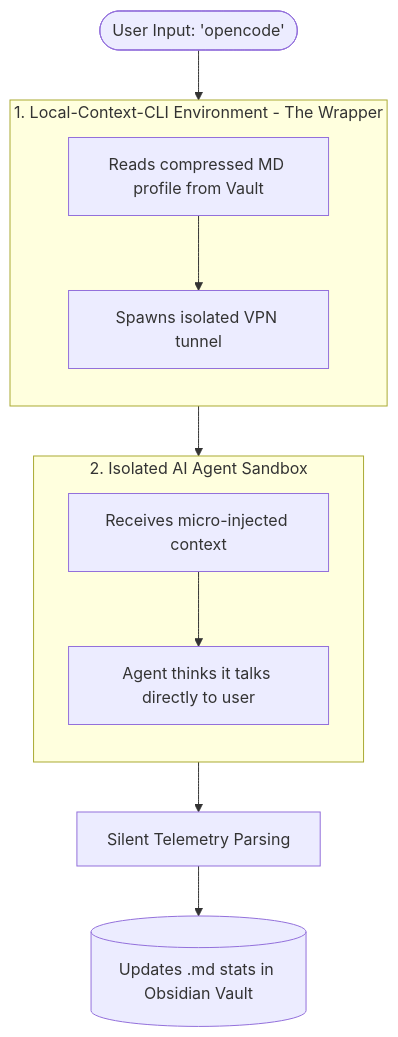
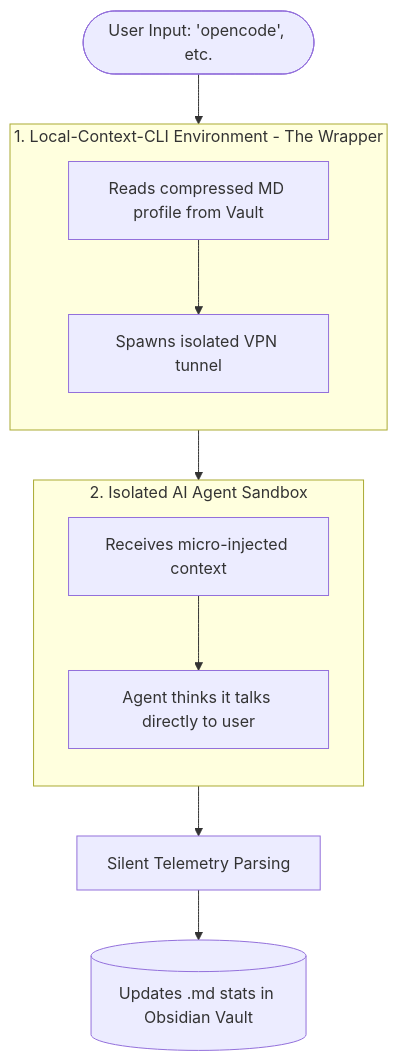
One commit to yYorumi/local-context-cli changed the diagram in README.md. Above: the diagram before and after it, drawn with Mermaid.

````diff
--- a/README.md
+++ b/README.md
@@ -28,19 +28,19 @@
 ```mermaid
 flowchart TD
-    User([User Input: 'opencode']) --> Wrapper
+    User([User Input: 'opencode', etc.]) --> Wrapper
 
     subgraph Wrapper [1. Local-Context-CLI Environment - The Wrapper]
         direction TB
         A[Reads compressed MD profile from Vault] --> B[Spawns isolated VPN tunnel]
     end
 
     Wrapper --> Sandbox
 
     subgraph Sandbox [2. Isolated AI Agent Sandbox]
         direction TB
         C[Receives micro-injected context] --> D[Agent thinks it talks directly to user]
     end
 
     Sandbox --> Telemetry[Silent Telemetry Parsing]
     Telemetry --> Obsidian[(Updates .md stats in Obsidian Vault)]
 ```
````
